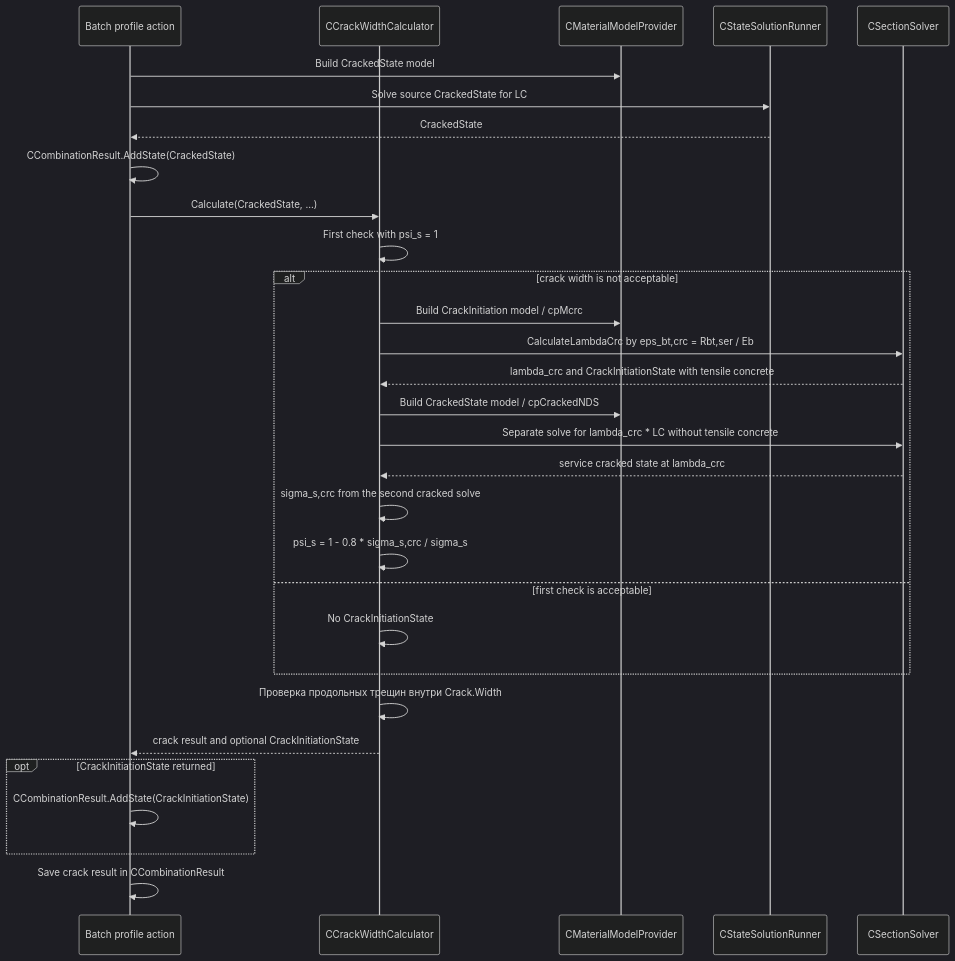
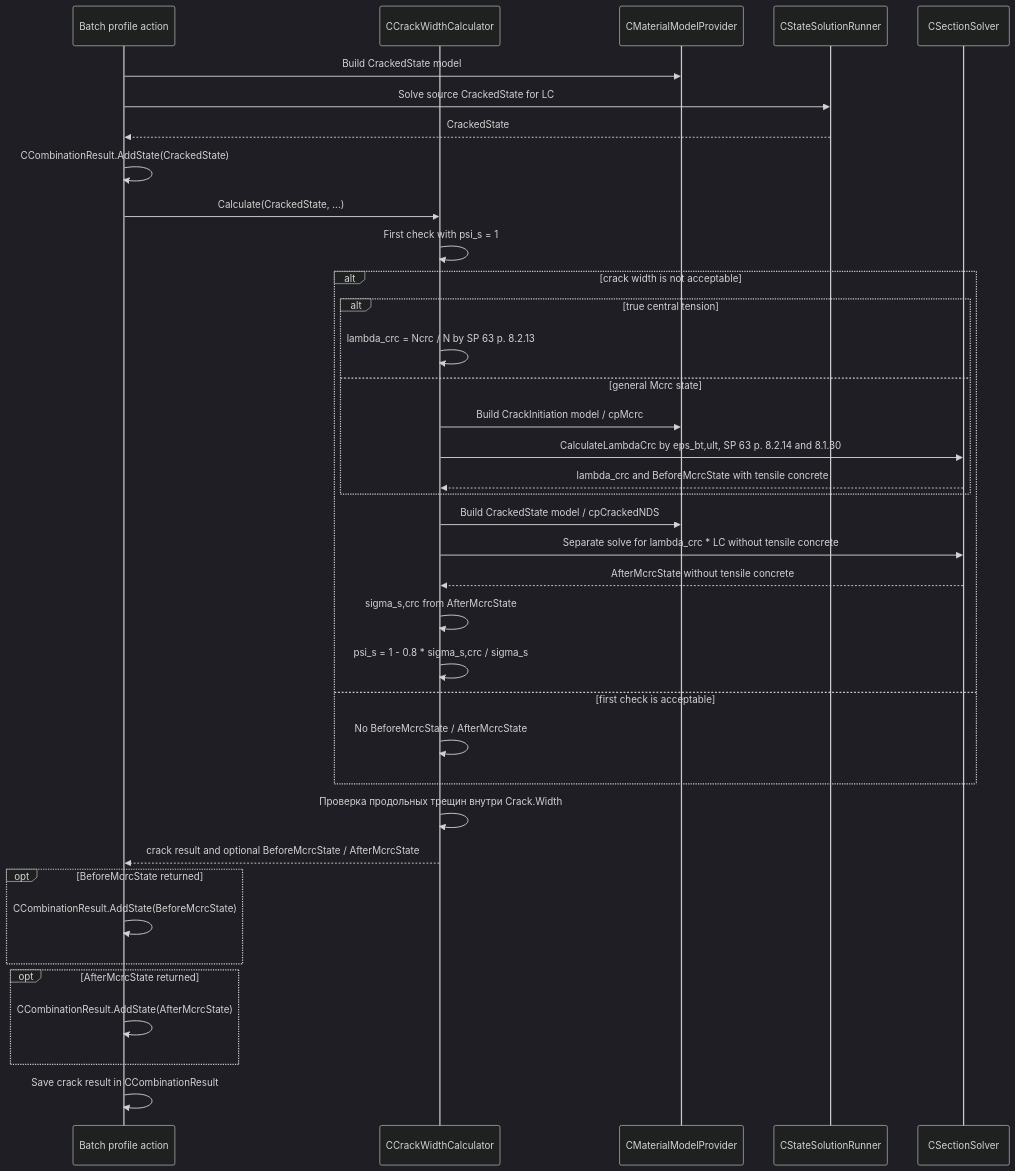
Before and after one commit to AhraAvidzba/RC_Section_NDM: the third of 3 diagrams in docs/architecture/CalculationProfilesArchitecture.md, drawn with Mermaid (dark theme). The commit also changed other lines of this file and 72 other files, not shown here.

````diff
--- a/docs/architecture/CalculationProfilesArchitecture.md
+++ b/docs/architecture/CalculationProfilesArchitecture.md
@@ -751,33 +759,40 @@
 ```mermaid
 sequenceDiagram
     participant Batch as Batch profile action
     participant Crack as CCrackWidthCalculator
     participant Mat as CMaterialModelProvider
     participant State as CStateSolutionRunner
     participant Solver as CSectionSolver
 
     Batch->>Mat: Build CrackedState model
     Batch->>State: Solve source CrackedState for LC
     State-->>Batch: CrackedState
     Batch->>Batch: CCombinationResult.AddState(CrackedState)
     Batch->>Crack: Calculate(CrackedState, ...)
     Crack->>Crack: First check with psi_s = 1
     alt crack width is not acceptable
-        Crack->>Mat: Build CrackInitiation model / cpMcrc
-        Crack->>Solver: CalculateLambdaCrc by eps_bt,crc = Rbt,ser / Eb
-        Solver-->>Crack: lambda_crc and CrackInitiationState with tensile concrete
+        alt true central tension
+            Crack->>Crack: lambda_crc = Ncrc / N by SP 63 p. 8.2.13
+        else general Mcrc state
+            Crack->>Mat: Build CrackInitiation model / cpMcrc
+            Crack->>Solver: CalculateLambdaCrc by eps_bt,ult, SP 63 p. 8.2.14 and 8.1.30
+            Solver-->>Crack: lambda_crc and BeforeMcrcState with tensile concrete
+        end
         Crack->>Mat: Build CrackedState model / cpCrackedNDS
         Crack->>Solver: Separate solve for lambda_crc * LC without tensile concrete
-        Solver-->>Crack: service cracked state at lambda_crc
-        Crack->>Crack: sigma_s,crc from the second cracked solve
+        Solver-->>Crack: AfterMcrcState without tensile concrete
+        Crack->>Crack: sigma_s,crc from AfterMcrcState
         Crack->>Crack: psi_s = 1 - 0.8 * sigma_s,crc / sigma_s
     else first check is acceptable
-        Crack->>Crack: No CrackInitiationState
+        Crack->>Crack: No BeforeMcrcState / AfterMcrcState
     end
     Crack->>Crack: Проверка продольных трещин внутри Crack.Width
-    Crack-->>Batch: crack result and optional CrackInitiationState
-    opt CrackInitiationState returned
-        Batch->>Batch: CCombinationResult.AddState(CrackInitiationState)
+    Crack-->>Batch: crack result and optional BeforeMcrcState / AfterMcrcState
+    opt BeforeMcrcState returned
+        Batch->>Batch: CCombinationResult.AddState(BeforeMcrcState)
+    end
+    opt AfterMcrcState returned
+        Batch->>Batch: CCombinationResult.AddState(AfterMcrcState)
     end
     Batch->>Batch: Save crack result in CCombinationResult
 ```
````
